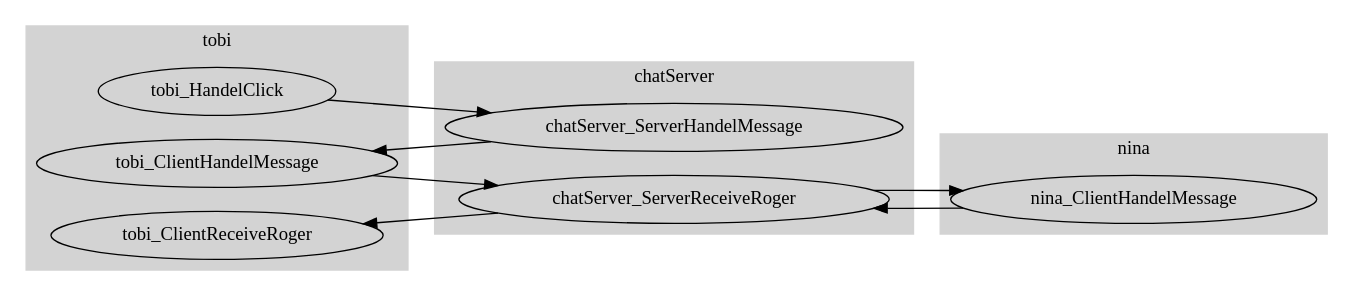
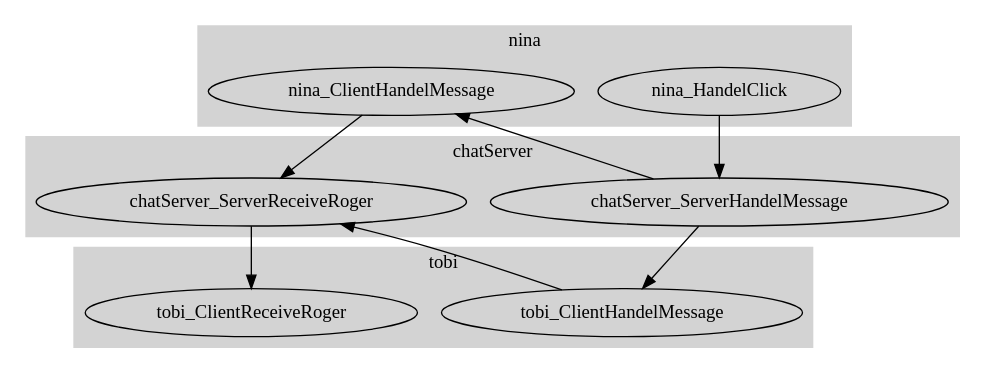
Before and after one commit to fujaba/SDMLib: the diagram in doc/CSChatMessageFlow.dot, drawn with Graphviz. The commit also changed 21 other files, not shown here.

Commit message:
swimlane diagrams (parallel), refactoring: renamed handel to handle

```diff
--- a/doc/CSChatMessageFlow.dot
+++ b/doc/CSChatMessageFlow.dot
@@ -1,37 +1,39 @@
  digraph TaskFlowDiagram {
-    graph[rankdir = "LR"];
     
-    subgraph clustertobi {
+    subgraph clusternina {
+    	rankdir="LR";
     	style=filled;
 		color=lightgrey;
-       tobi_HandelClick;
-       tobi_ClientHandelMessage;
-       tobi_ClientReceiveRoger;
+       nina_HandelClick;
+       nina_ClientHandelMessage;
 
-    	label = "tobi";
+    	label = "nina";
     }
     subgraph clusterchatServer {
+    	rankdir="LR";
     	style=filled;
 		color=lightgrey;
        chatServer_ServerHandelMessage;
        chatServer_ServerReceiveRoger;
 
     	label = "chatServer";
     }
-    subgraph clusternina {
+    subgraph clustertobi {
+    	rankdir="LR";
     	style=filled;
 		color=lightgrey;
-       nina_ClientHandelMessage;
+       tobi_ClientHandelMessage;
+       tobi_ClientReceiveRoger;
 
-    	label = "nina";
+    	label = "tobi";
     }
  
     
-    tobi_HandelClick -> chatServer_ServerHandelMessage; 
+    nina_HandelClick -> chatServer_ServerHandelMessage; 
     chatServer_ServerHandelMessage -> tobi_ClientHandelMessage; 
+    chatServer_ServerHandelMessage -> nina_ClientHandelMessage; 
+    nina_ClientHandelMessage -> chatServer_ServerReceiveRoger; 
     tobi_ClientHandelMessage -> chatServer_ServerReceiveRoger; 
-    chatServer_ServerReceiveRoger -> nina_ClientHandelMessage; 
-    nina_ClientHandelMessage -> chatServer_ServerReceiveRoger; 
     chatServer_ServerReceiveRoger -> tobi_ClientReceiveRoger; 
 
 }
```
